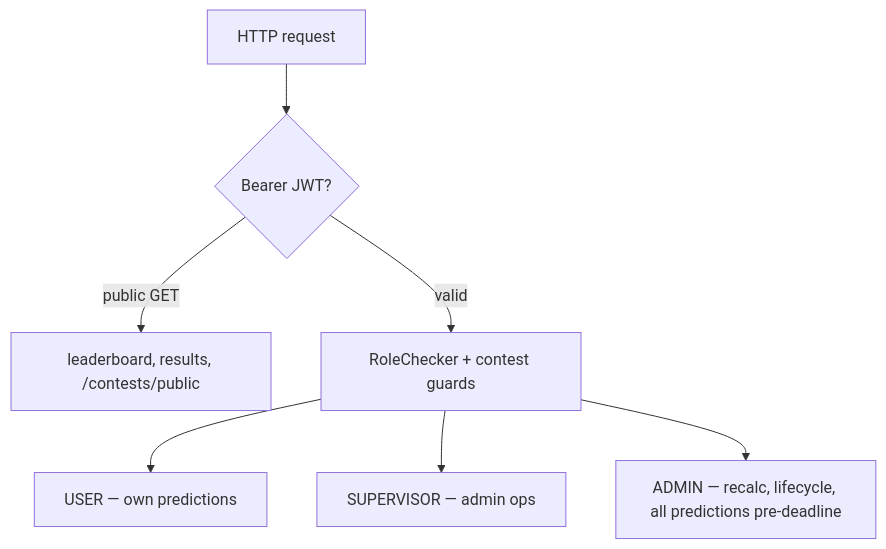
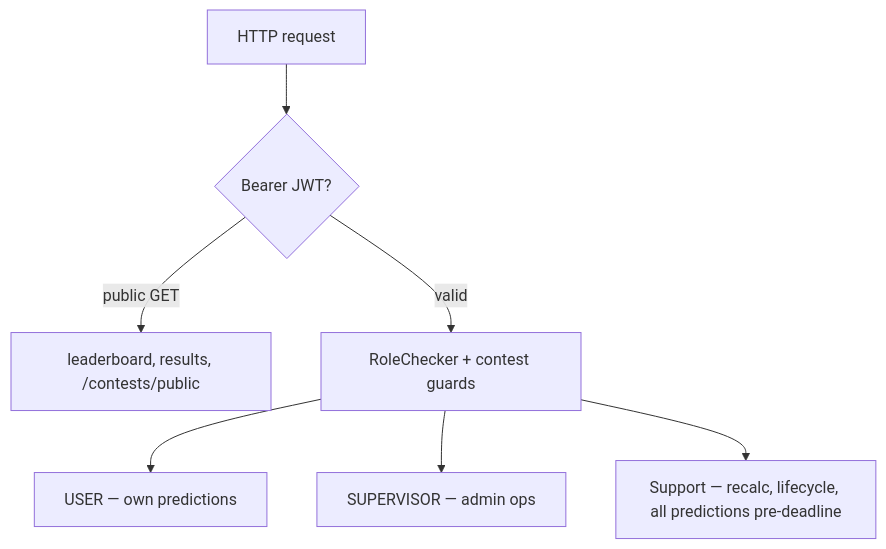
The tenth of 10 diagrams in manuals/ARCHITECTURE.md (VladimirPyat/football_prog), drawn with Mermaid before and after one commit. The commit also changed other lines of this file and 61 other files, not shown here.

Commit message:
rename admin to support

````diff
--- a/manuals/ARCHITECTURE.md
+++ b/manuals/ARCHITECTURE.md
@@ -332,10 +332,10 @@
 ```mermaid
 flowchart TB
     REQ[HTTP request]
     REQ --> AUTH{Bearer JWT?}
     AUTH -->|public GET| PUB[leaderboard, results, /contests/public]
     AUTH -->|valid| RBAC[RoleChecker + contest guards]
     RBAC --> USER[USER — own predictions]
     RBAC --> SUP[SUPERVISOR — admin ops]
-    RBAC --> ADM[ADMIN — recalc, lifecycle, all predictions pre-deadline]
+    RBAC --> ADM[Support — recalc, lifecycle, all predictions pre-deadline]
 ```
````
